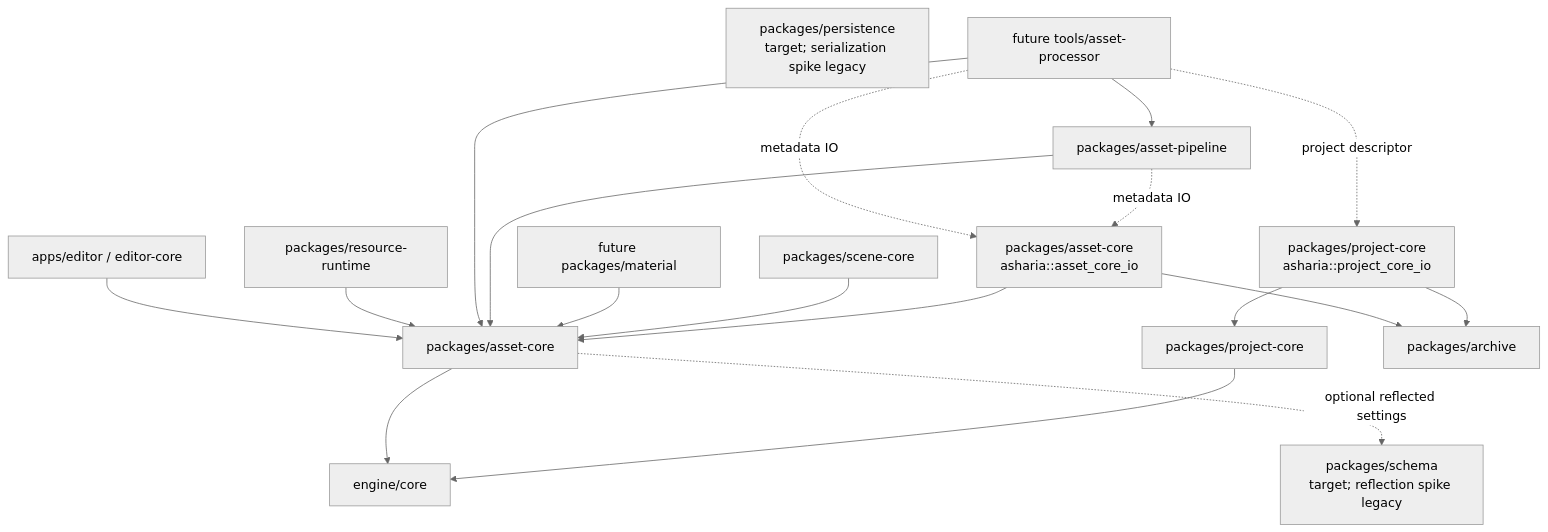
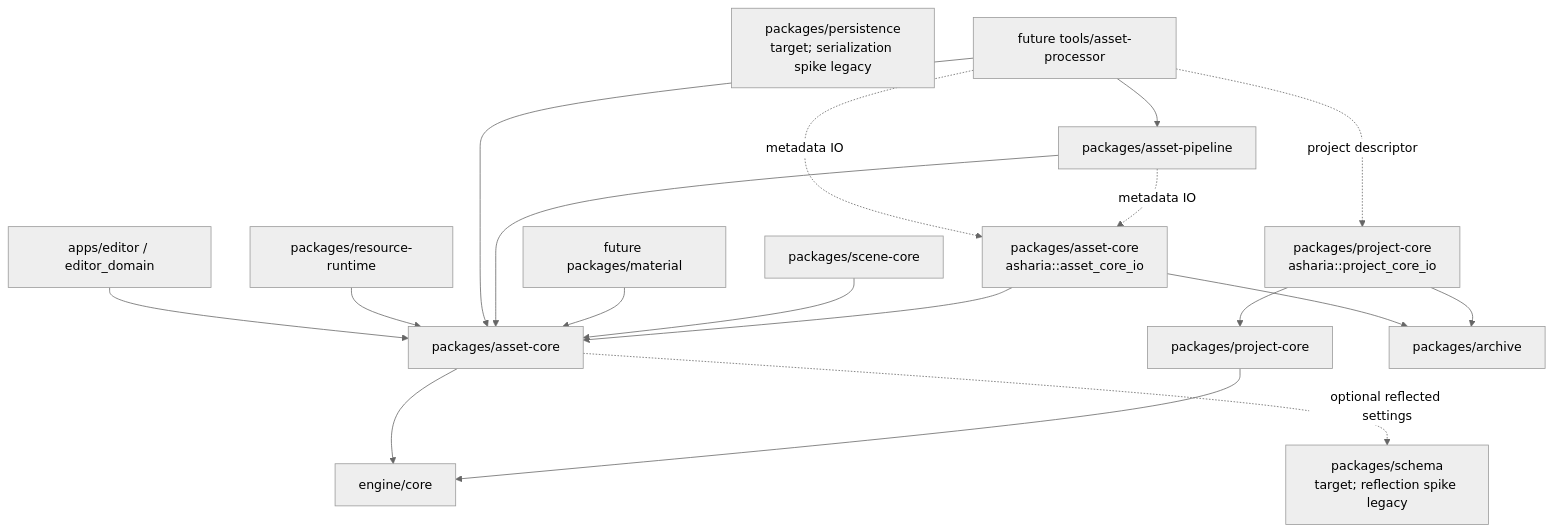
The first of 2 diagrams in docs/systems/asset-architecture.md (66six11/Engine), drawn with Mermaid (neutral theme) before and after one commit. The commit also changed other lines of this file and 164 other files, not shown here.

````diff
--- a/docs/systems/asset-architecture.md
+++ b/docs/systems/asset-architecture.md
@@ -121,35 +122,35 @@
 ```mermaid
 flowchart TD
     Core["engine/core"]
     Reflection["packages/schema<br/>target; reflection spike legacy"]
     Serialization["packages/persistence<br/>target; serialization spike legacy"]
     ProjectCore["packages/project-core"]
     ProjectCoreIo["packages/project-core<br/>asharia::project_core_io"]
     AssetCore["packages/asset-core"]
     AssetCoreIo["packages/asset-core<br/>asharia::asset_core_io"]
     Archive["packages/archive"]
     Scene["packages/scene-core"]
     Material["future packages/material"]
     AssetPipeline["packages/asset-pipeline"]
     ImportTool["future tools/asset-processor"]
     ResourceRuntime["packages/resource-runtime"]
-    Editor["apps/editor / editor-core"]
+    Editor["apps/editor / editor_domain"]
 
     ProjectCore --> Core
     ProjectCoreIo --> ProjectCore
     ProjectCoreIo --> Archive
     AssetCore --> Core
     AssetCoreIo --> AssetCore
     AssetCoreIo --> Archive
     Scene --> AssetCore
     Material --> AssetCore
     AssetPipeline --> AssetCore
     ImportTool --> AssetPipeline
     ImportTool --> AssetCore
     ImportTool -.project descriptor.-> ProjectCoreIo
     ResourceRuntime --> AssetCore
     Editor --> AssetCore
     AssetPipeline -.metadata IO.-> AssetCoreIo
     ImportTool -.metadata IO.-> AssetCoreIo
     AssetCore -.optional reflected settings.-> Reflection
 ```
````
